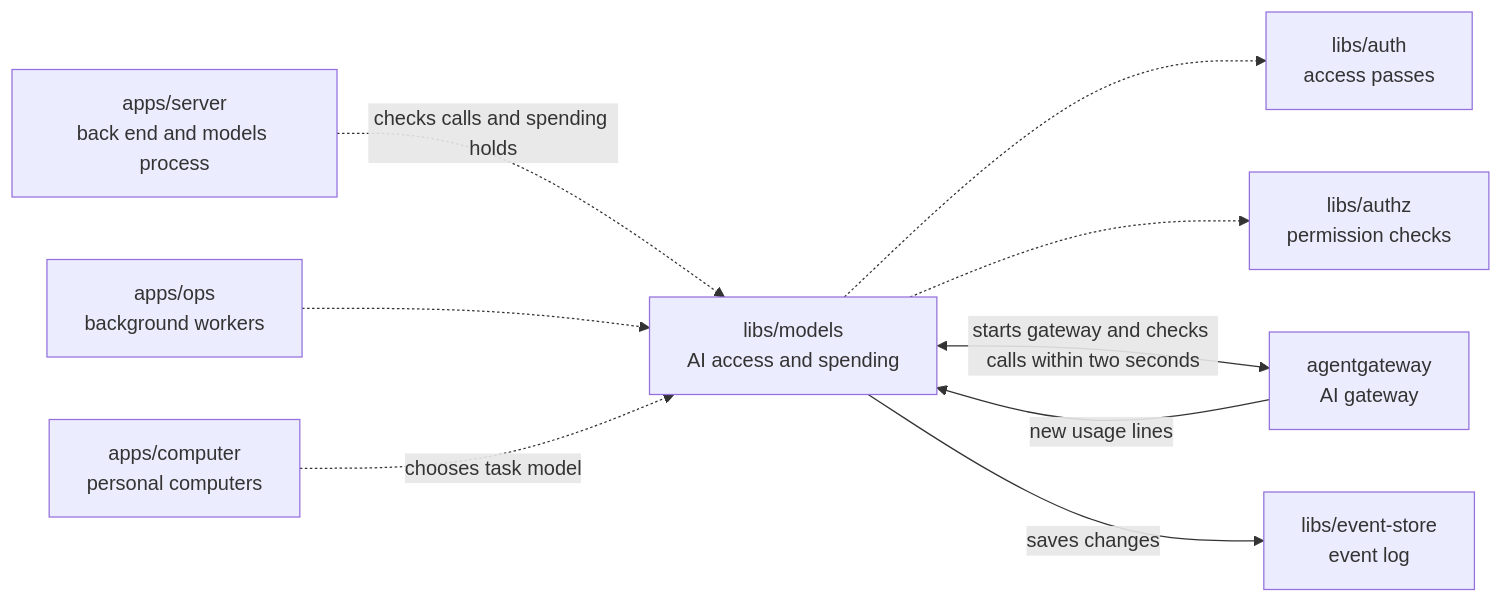
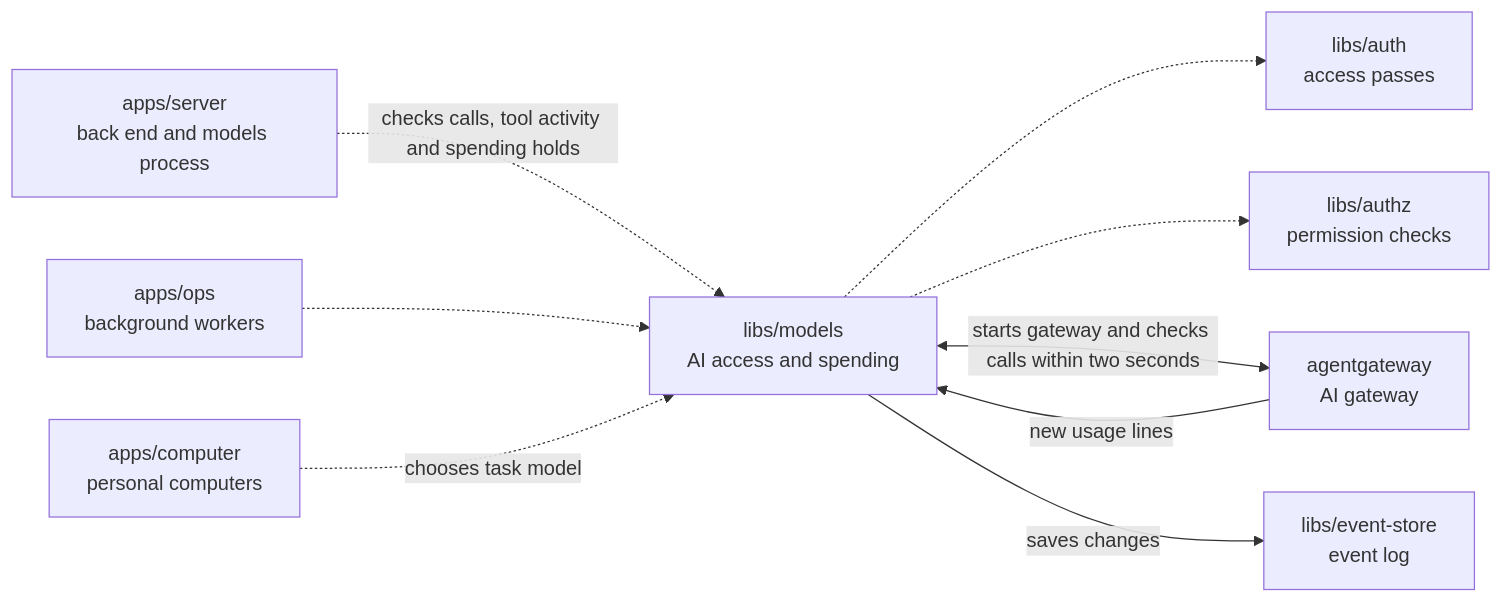
One commit to elewa-git/opencrane-new changed the diagram in libs/models/README.md. Above: the diagram before and after it, drawn with Mermaid. The commit also changed other lines of this file and 31 other files, not shown here.

````diff
--- a/libs/models/README.md
+++ b/libs/models/README.md
@@ -11,11 +11,11 @@
 ```mermaid
 flowchart LR
-  server["apps/server<br/>back end and models process"] -.->|checks calls and spending holds| models["libs/models<br/>AI access and spending"]
+  server["apps/server<br/>back end and models process"] -.->|checks calls, tool activity and spending holds| models["libs/models<br/>AI access and spending"]
   ops["apps/ops<br/>background workers"] -.-> models
   computer["apps/computer<br/>personal computers"] -.->|chooses task model| models
   models -.-> auth["libs/auth<br/>access passes"]
   models -.-> authz["libs/authz<br/>permission checks"]
   models <-->|starts gateway and checks calls within two seconds| gateway["agentgateway<br/>AI gateway"]
   gateway -->|new usage lines| models
   models -->|saves changes| store["libs/event-store<br/>event log"]
 ```
````
